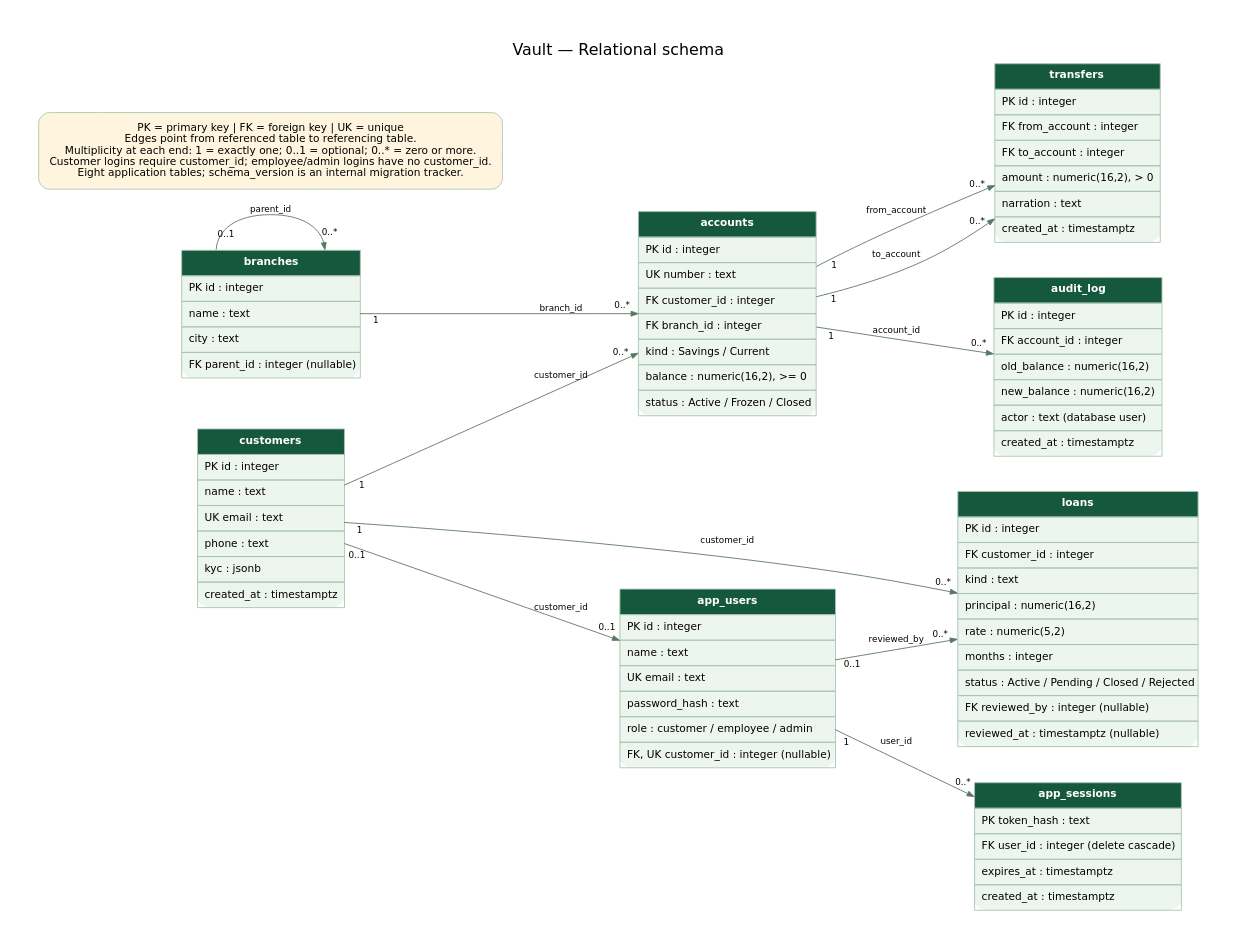
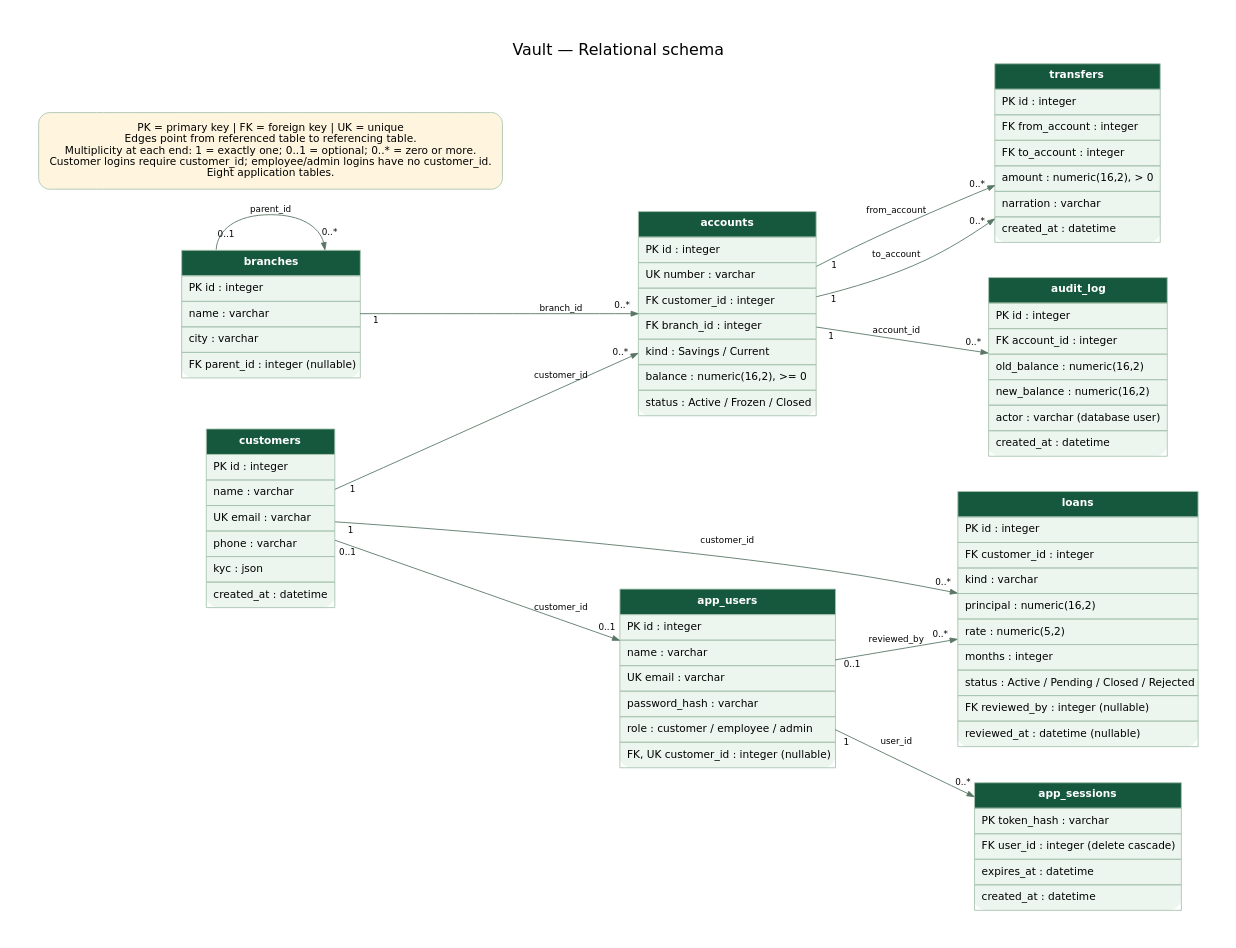
One commit to Rohit-Pujari/Core-Banking-System changed the diagram in diagrams/10-relational-schema.dot. Above: the diagram before and after it, drawn with Graphviz. The commit also changed 37 other files, not shown here.

```diff
--- a/diagrams/10-relational-schema.dot
+++ b/diagrams/10-relational-schema.dot
@@ -1,22 +1,22 @@
 digraph G { graph [rankdir=LR, bgcolor="#ffffff", pad="0.5", nodesep="0.55", ranksep="1.0", fontname="DejaVu Sans", fontsize=18]; node [shape=box, style="rounded,filled", fillcolor="#edf5ef", color="#a8c4b0", fontname="DejaVu Sans", fontsize=12, margin="0.2,0.15"]; edge [color="#597766", fontname="DejaVu Sans", fontsize=10, arrowsize=0.8];
 graph [label="Vault — Relational schema", labelloc=t];
-branches [shape=plain, label=<<TABLE BORDER="0" CELLBORDER="1" CELLSPACING="0" CELLPADDING="7"><TR><TD BGCOLOR="#16583e"><FONT COLOR="white"><B>branches</B></FONT></TD></TR><TR><TD ALIGN="LEFT">PK id : integer</TD></TR><TR><TD ALIGN="LEFT">name : text</TD></TR><TR><TD ALIGN="LEFT">city : text</TD></TR><TR><TD ALIGN="LEFT">FK parent_id : integer (nullable)</TD></TR></TABLE>>];
-customers [shape=plain, label=<<TABLE BORDER="0" CELLBORDER="1" CELLSPACING="0" CELLPADDING="7"><TR><TD BGCOLOR="#16583e"><FONT COLOR="white"><B>customers</B></FONT></TD></TR><TR><TD ALIGN="LEFT">PK id : integer</TD></TR><TR><TD ALIGN="LEFT">name : text</TD></TR><TR><TD ALIGN="LEFT">UK email : text</TD></TR><TR><TD ALIGN="LEFT">phone : text</TD></TR><TR><TD ALIGN="LEFT">kyc : jsonb</TD></TR><TR><TD ALIGN="LEFT">created_at : timestamptz</TD></TR></TABLE>>];
-accounts [shape=plain, label=<<TABLE BORDER="0" CELLBORDER="1" CELLSPACING="0" CELLPADDING="7"><TR><TD BGCOLOR="#16583e"><FONT COLOR="white"><B>accounts</B></FONT></TD></TR><TR><TD ALIGN="LEFT">PK id : integer</TD></TR><TR><TD ALIGN="LEFT">UK number : text</TD></TR><TR><TD ALIGN="LEFT">FK customer_id : integer</TD></TR><TR><TD ALIGN="LEFT">FK branch_id : integer</TD></TR><TR><TD ALIGN="LEFT">kind : Savings / Current</TD></TR><TR><TD ALIGN="LEFT">balance : numeric(16,2), &gt;= 0</TD></TR><TR><TD ALIGN="LEFT">status : Active / Frozen / Closed</TD></TR></TABLE>>];
-transfers [shape=plain, label=<<TABLE BORDER="0" CELLBORDER="1" CELLSPACING="0" CELLPADDING="7"><TR><TD BGCOLOR="#16583e"><FONT COLOR="white"><B>transfers</B></FONT></TD></TR><TR><TD ALIGN="LEFT">PK id : integer</TD></TR><TR><TD ALIGN="LEFT">FK from_account : integer</TD></TR><TR><TD ALIGN="LEFT">FK to_account : integer</TD></TR><TR><TD ALIGN="LEFT">amount : numeric(16,2), &gt; 0</TD></TR><TR><TD ALIGN="LEFT">narration : text</TD></TR><TR><TD ALIGN="LEFT">created_at : timestamptz</TD></TR></TABLE>>];
-audit_log [shape=plain, label=<<TABLE BORDER="0" CELLBORDER="1" CELLSPACING="0" CELLPADDING="7"><TR><TD BGCOLOR="#16583e"><FONT COLOR="white"><B>audit_log</B></FONT></TD></TR><TR><TD ALIGN="LEFT">PK id : integer</TD></TR><TR><TD ALIGN="LEFT">FK account_id : integer</TD></TR><TR><TD ALIGN="LEFT">old_balance : numeric(16,2)</TD></TR><TR><TD ALIGN="LEFT">new_balance : numeric(16,2)</TD></TR><TR><TD ALIGN="LEFT">actor : text (database user)</TD></TR><TR><TD ALIGN="LEFT">created_at : timestamptz</TD></TR></TABLE>>];
-loans [shape=plain, label=<<TABLE BORDER="0" CELLBORDER="1" CELLSPACING="0" CELLPADDING="7"><TR><TD BGCOLOR="#16583e"><FONT COLOR="white"><B>loans</B></FONT></TD></TR><TR><TD ALIGN="LEFT">PK id : integer</TD></TR><TR><TD ALIGN="LEFT">FK customer_id : integer</TD></TR><TR><TD ALIGN="LEFT">kind : text</TD></TR><TR><TD ALIGN="LEFT">principal : numeric(16,2)</TD></TR><TR><TD ALIGN="LEFT">rate : numeric(5,2)</TD></TR><TR><TD ALIGN="LEFT">months : integer</TD></TR><TR><TD ALIGN="LEFT">status : Active / Pending / Closed / Rejected</TD></TR><TR><TD ALIGN="LEFT">FK reviewed_by : integer (nullable)</TD></TR><TR><TD ALIGN="LEFT">reviewed_at : timestamptz (nullable)</TD></TR></TABLE>>];
-app_users [shape=plain, label=<<TABLE BORDER="0" CELLBORDER="1" CELLSPACING="0" CELLPADDING="7"><TR><TD BGCOLOR="#16583e"><FONT COLOR="white"><B>app_users</B></FONT></TD></TR><TR><TD ALIGN="LEFT">PK id : integer</TD></TR><TR><TD ALIGN="LEFT">name : text</TD></TR><TR><TD ALIGN="LEFT">UK email : text</TD></TR><TR><TD ALIGN="LEFT">password_hash : text</TD></TR><TR><TD ALIGN="LEFT">role : customer / employee / admin</TD></TR><TR><TD ALIGN="LEFT">FK, UK customer_id : integer (nullable)</TD></TR></TABLE>>];
-app_sessions [shape=plain, label=<<TABLE BORDER="0" CELLBORDER="1" CELLSPACING="0" CELLPADDING="7"><TR><TD BGCOLOR="#16583e"><FONT COLOR="white"><B>app_sessions</B></FONT></TD></TR><TR><TD ALIGN="LEFT">PK token_hash : text</TD></TR><TR><TD ALIGN="LEFT">FK user_id : integer (delete cascade)</TD></TR><TR><TD ALIGN="LEFT">expires_at : timestamptz</TD></TR><TR><TD ALIGN="LEFT">created_at : timestamptz</TD></TR></TABLE>>];
+branches [shape=plain, label=<<TABLE BORDER="0" CELLBORDER="1" CELLSPACING="0" CELLPADDING="7"><TR><TD BGCOLOR="#16583e"><FONT COLOR="white"><B>branches</B></FONT></TD></TR><TR><TD ALIGN="LEFT">PK id : integer</TD></TR><TR><TD ALIGN="LEFT">name : varchar</TD></TR><TR><TD ALIGN="LEFT">city : varchar</TD></TR><TR><TD ALIGN="LEFT">FK parent_id : integer (nullable)</TD></TR></TABLE>>];
+customers [shape=plain, label=<<TABLE BORDER="0" CELLBORDER="1" CELLSPACING="0" CELLPADDING="7"><TR><TD BGCOLOR="#16583e"><FONT COLOR="white"><B>customers</B></FONT></TD></TR><TR><TD ALIGN="LEFT">PK id : integer</TD></TR><TR><TD ALIGN="LEFT">name : varchar</TD></TR><TR><TD ALIGN="LEFT">UK email : varchar</TD></TR><TR><TD ALIGN="LEFT">phone : varchar</TD></TR><TR><TD ALIGN="LEFT">kyc : json</TD></TR><TR><TD ALIGN="LEFT">created_at : datetime</TD></TR></TABLE>>];
+accounts [shape=plain, label=<<TABLE BORDER="0" CELLBORDER="1" CELLSPACING="0" CELLPADDING="7"><TR><TD BGCOLOR="#16583e"><FONT COLOR="white"><B>accounts</B></FONT></TD></TR><TR><TD ALIGN="LEFT">PK id : integer</TD></TR><TR><TD ALIGN="LEFT">UK number : varchar</TD></TR><TR><TD ALIGN="LEFT">FK customer_id : integer</TD></TR><TR><TD ALIGN="LEFT">FK branch_id : integer</TD></TR><TR><TD ALIGN="LEFT">kind : Savings / Current</TD></TR><TR><TD ALIGN="LEFT">balance : numeric(16,2), &gt;= 0</TD></TR><TR><TD ALIGN="LEFT">status : Active / Frozen / Closed</TD></TR></TABLE>>];
+transfers [shape=plain, label=<<TABLE BORDER="0" CELLBORDER="1" CELLSPACING="0" CELLPADDING="7"><TR><TD BGCOLOR="#16583e"><FONT COLOR="white"><B>transfers</B></FONT></TD></TR><TR><TD ALIGN="LEFT">PK id : integer</TD></TR><TR><TD ALIGN="LEFT">FK from_account : integer</TD></TR><TR><TD ALIGN="LEFT">FK to_account : integer</TD></TR><TR><TD ALIGN="LEFT">amount : numeric(16,2), &gt; 0</TD></TR><TR><TD ALIGN="LEFT">narration : varchar</TD></TR><TR><TD ALIGN="LEFT">created_at : datetime</TD></TR></TABLE>>];
+audit_log [shape=plain, label=<<TABLE BORDER="0" CELLBORDER="1" CELLSPACING="0" CELLPADDING="7"><TR><TD BGCOLOR="#16583e"><FONT COLOR="white"><B>audit_log</B></FONT></TD></TR><TR><TD ALIGN="LEFT">PK id : integer</TD></TR><TR><TD ALIGN="LEFT">FK account_id : integer</TD></TR><TR><TD ALIGN="LEFT">old_balance : numeric(16,2)</TD></TR><TR><TD ALIGN="LEFT">new_balance : numeric(16,2)</TD></TR><TR><TD ALIGN="LEFT">actor : varchar (database user)</TD></TR><TR><TD ALIGN="LEFT">created_at : datetime</TD></TR></TABLE>>];
+loans [shape=plain, label=<<TABLE BORDER="0" CELLBORDER="1" CELLSPACING="0" CELLPADDING="7"><TR><TD BGCOLOR="#16583e"><FONT COLOR="white"><B>loans</B></FONT></TD></TR><TR><TD ALIGN="LEFT">PK id : integer</TD></TR><TR><TD ALIGN="LEFT">FK customer_id : integer</TD></TR><TR><TD ALIGN="LEFT">kind : varchar</TD></TR><TR><TD ALIGN="LEFT">principal : numeric(16,2)</TD></TR><TR><TD ALIGN="LEFT">rate : numeric(5,2)</TD></TR><TR><TD ALIGN="LEFT">months : integer</TD></TR><TR><TD ALIGN="LEFT">status : Active / Pending / Closed / Rejected</TD></TR><TR><TD ALIGN="LEFT">FK reviewed_by : integer (nullable)</TD></TR><TR><TD ALIGN="LEFT">reviewed_at : datetime (nullable)</TD></TR></TABLE>>];
+app_users [shape=plain, label=<<TABLE BORDER="0" CELLBORDER="1" CELLSPACING="0" CELLPADDING="7"><TR><TD BGCOLOR="#16583e"><FONT COLOR="white"><B>app_users</B></FONT></TD></TR><TR><TD ALIGN="LEFT">PK id : integer</TD></TR><TR><TD ALIGN="LEFT">name : varchar</TD></TR><TR><TD ALIGN="LEFT">UK email : varchar</TD></TR><TR><TD ALIGN="LEFT">password_hash : varchar</TD></TR><TR><TD ALIGN="LEFT">role : customer / employee / admin</TD></TR><TR><TD ALIGN="LEFT">FK, UK customer_id : integer (nullable)</TD></TR></TABLE>>];
+app_sessions [shape=plain, label=<<TABLE BORDER="0" CELLBORDER="1" CELLSPACING="0" CELLPADDING="7"><TR><TD BGCOLOR="#16583e"><FONT COLOR="white"><B>app_sessions</B></FONT></TD></TR><TR><TD ALIGN="LEFT">PK token_hash : varchar</TD></TR><TR><TD ALIGN="LEFT">FK user_id : integer (delete cascade)</TD></TR><TR><TD ALIGN="LEFT">expires_at : datetime</TD></TR><TR><TD ALIGN="LEFT">created_at : datetime</TD></TR></TABLE>>];
 branches -> branches [label="parent_id", taillabel="0..1", headlabel="0..*", labeldistance=2];
 branches -> accounts [label="branch_id", taillabel="1", headlabel="0..*", labeldistance=2];
 customers -> accounts [label="customer_id", taillabel="1", headlabel="0..*", labeldistance=2];
 customers -> loans [label="customer_id", taillabel="1", headlabel="0..*", labeldistance=2];
 accounts -> transfers [label="from_account", taillabel="1", headlabel="0..*", labeldistance=2];
 accounts -> transfers [label="to_account", taillabel="1", headlabel="0..*", labeldistance=2];
 accounts -> audit_log [label="account_id", taillabel="1", headlabel="0..*", labeldistance=2];
 customers -> app_users [label="customer_id", taillabel="0..1", headlabel="0..1", labeldistance=2];
 app_users -> loans [label="reviewed_by", taillabel="0..1", headlabel="0..*", labeldistance=2];
 app_users -> app_sessions [label="user_id", taillabel="1", headlabel="0..*", labeldistance=2];
-legend [fillcolor="#fff5df", label="PK = primary key | FK = foreign key | UK = unique\nEdges point from referenced table to referencing table.\nMultiplicity at each end: 1 = exactly one; 0..1 = optional; 0..* = zero or more.\nCustomer logins require customer_id; employee/admin logins have no customer_id.\nEight application tables; schema_version is an internal migration tracker."];
+legend [fillcolor="#fff5df", label="PK = primary key | FK = foreign key | UK = unique\nEdges point from referenced table to referencing table.\nMultiplicity at each end: 1 = exactly one; 0..1 = optional; 0..* = zero or more.\nCustomer logins require customer_id; employee/admin logins have no customer_id.\nEight application tables."];
 }
```
